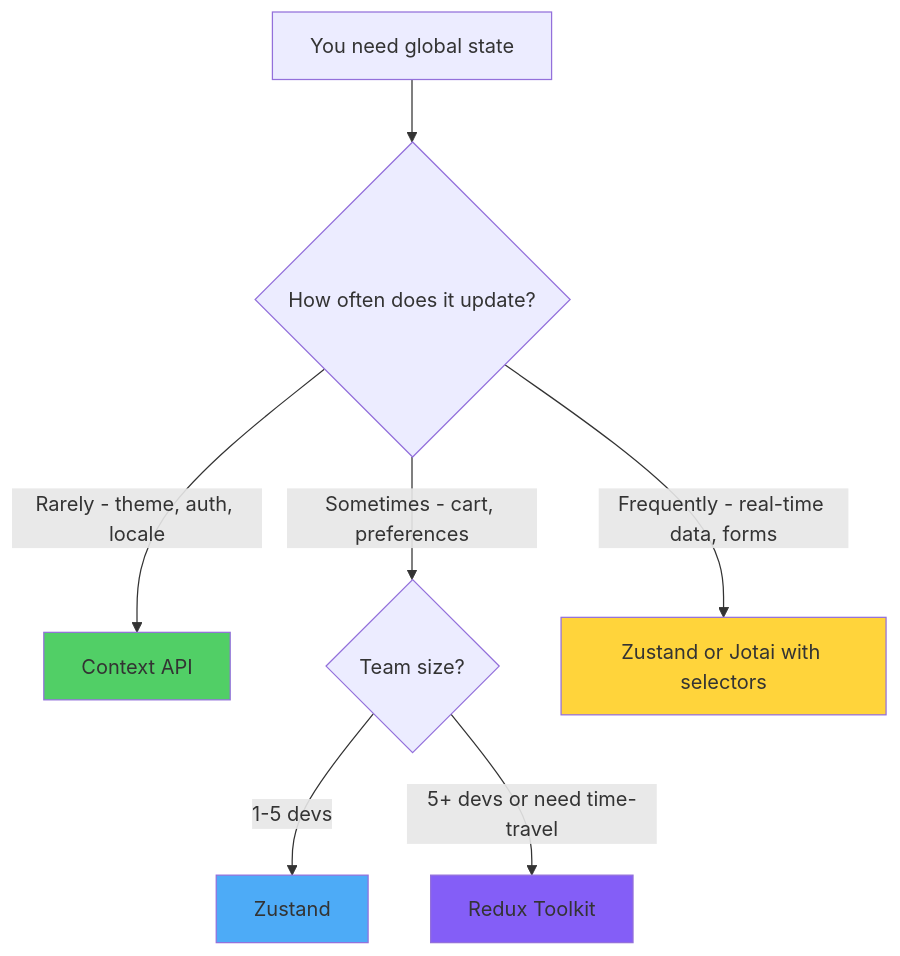
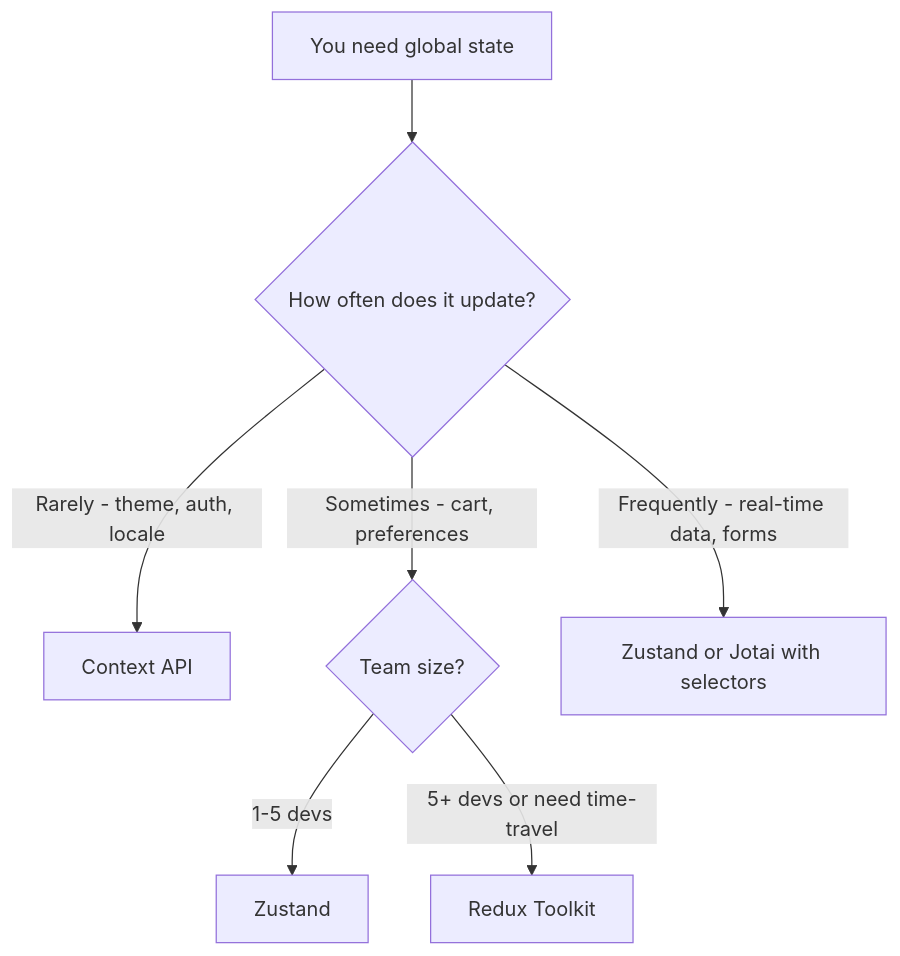
One commit to BabaScience/react-guides changed the sixth of 10 diagrams in arguments/chapters/rn-07-state-management.md. Above: the diagram before and after it, drawn with Mermaid. The commit also changed other lines of this file and 63 other files, not shown here.

First line of the commit message:
Enrich React Native roadmap with deeper content, visuals, and FR/IT translations

````diff
--- a/arguments/chapters/rn-07-state-management.md
+++ b/arguments/chapters/rn-07-state-management.md
@@ -360,15 +476,10 @@
 ```mermaid
 flowchart TD
     A[You need global state] --> B{How often does it update?}
     B -->|Rarely - theme, auth, locale| C[Context API]
     B -->|Sometimes - cart, preferences| D{Team size?}
     B -->|Frequently - real-time data, forms| E[Zustand or Jotai with selectors]
 
     D -->|1-5 devs| F[Zustand]
     D -->|5+ devs or need time-travel| G[Redux Toolkit]
-
-    style C fill:#51cf66
-    style F fill:#4dabf7
-    style G fill:#845ef7
-    style E fill:#ffd43b
 ```
````
